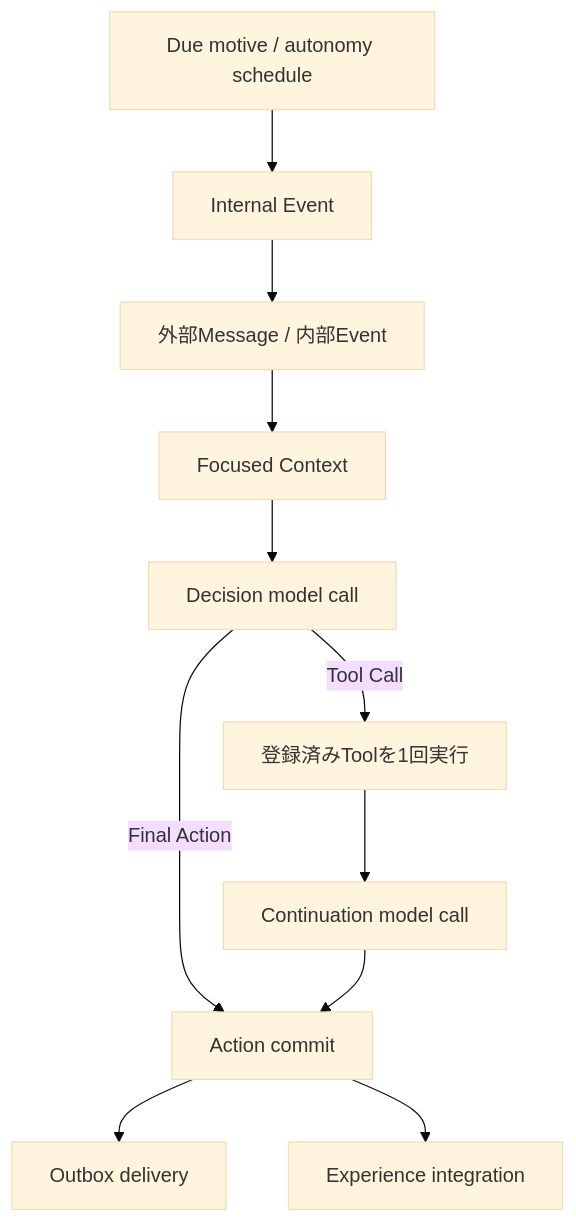
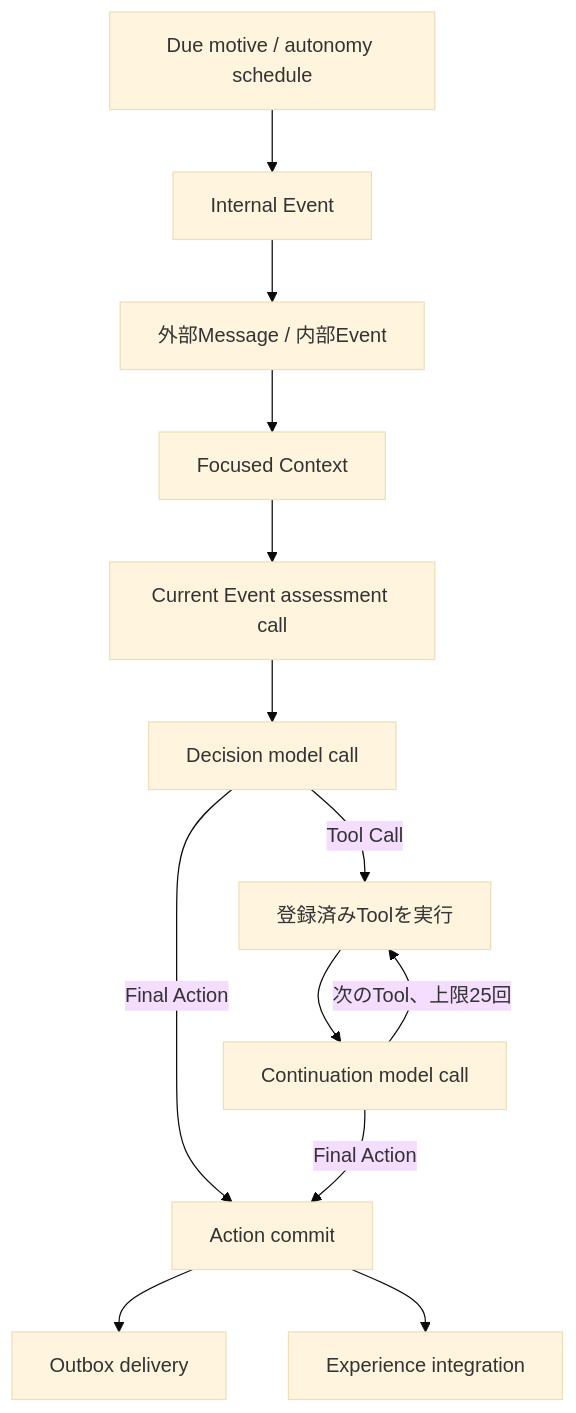
The diagram in docs/ARCHITECTURE.md (if001/social_agent), drawn with Mermaid (base theme) before and after one commit. The commit also changed other lines of this file and 7 other files, not shown here.

````diff
--- a/docs/ARCHITECTURE.md
+++ b/docs/ARCHITECTURE.md
@@ -7,13 +7,15 @@
 ```mermaid
 flowchart TD
   I[外部Message / 内部Event] --> C[Focused Context]
-  C --> D[Decision model call]
+  C --> M[Current Event assessment call]
+  M --> D[Decision model call]
   D -->|Final Action| A[Action commit]
-  D -->|Tool Call| T[登録済みToolを1回実行]
+  D -->|Tool Call| T[登録済みToolを実行]
   T --> F[Continuation model call]
-  F --> A
+  F -->|次のTool、上限25回| T
+  F -->|Final Action| A
   A --> O[Outbox delivery]
   A --> P[Experience integration]
   S[Due motive / autonomy schedule] --> E[Internal Event]
   E --> I
 ```
````
